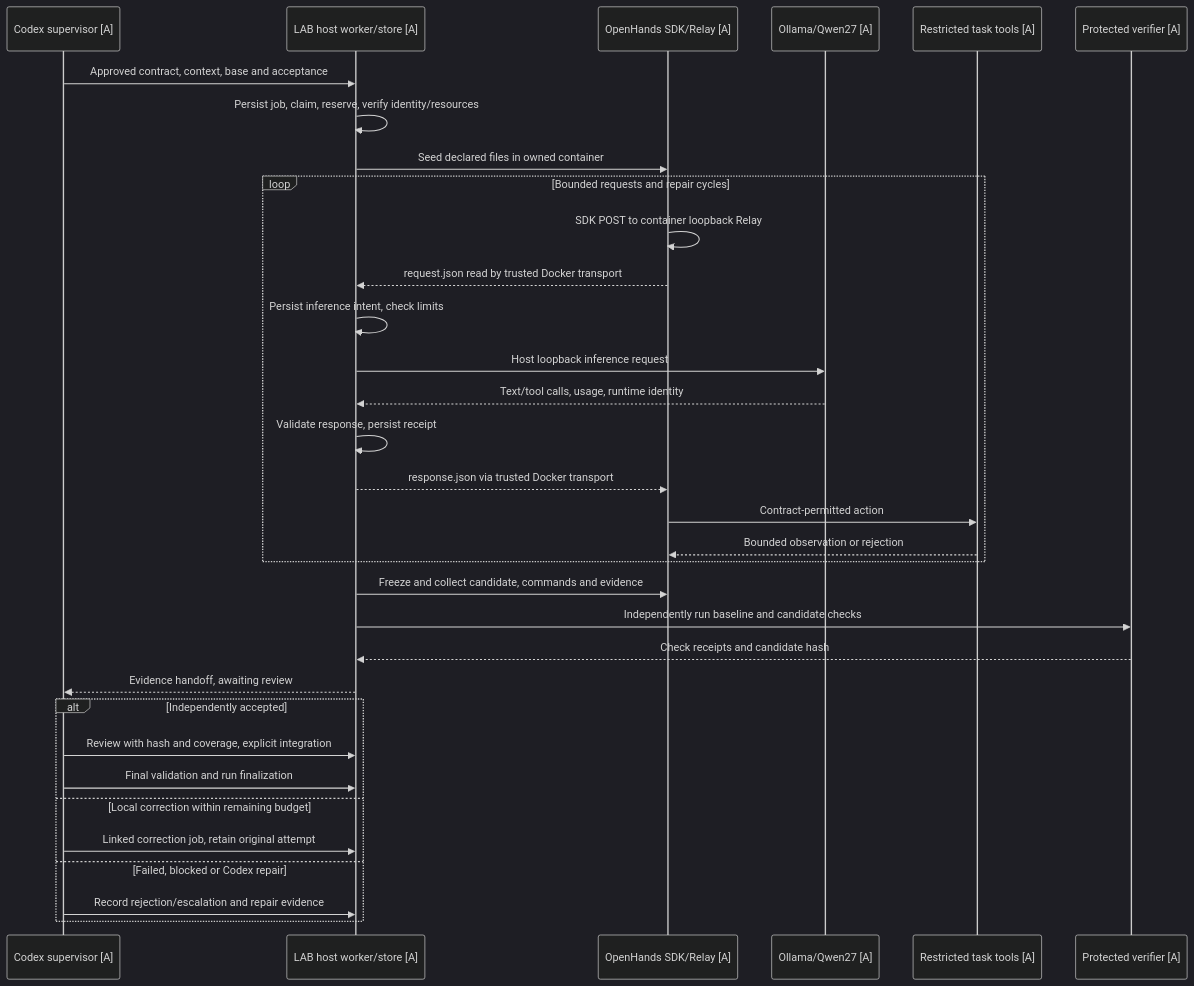
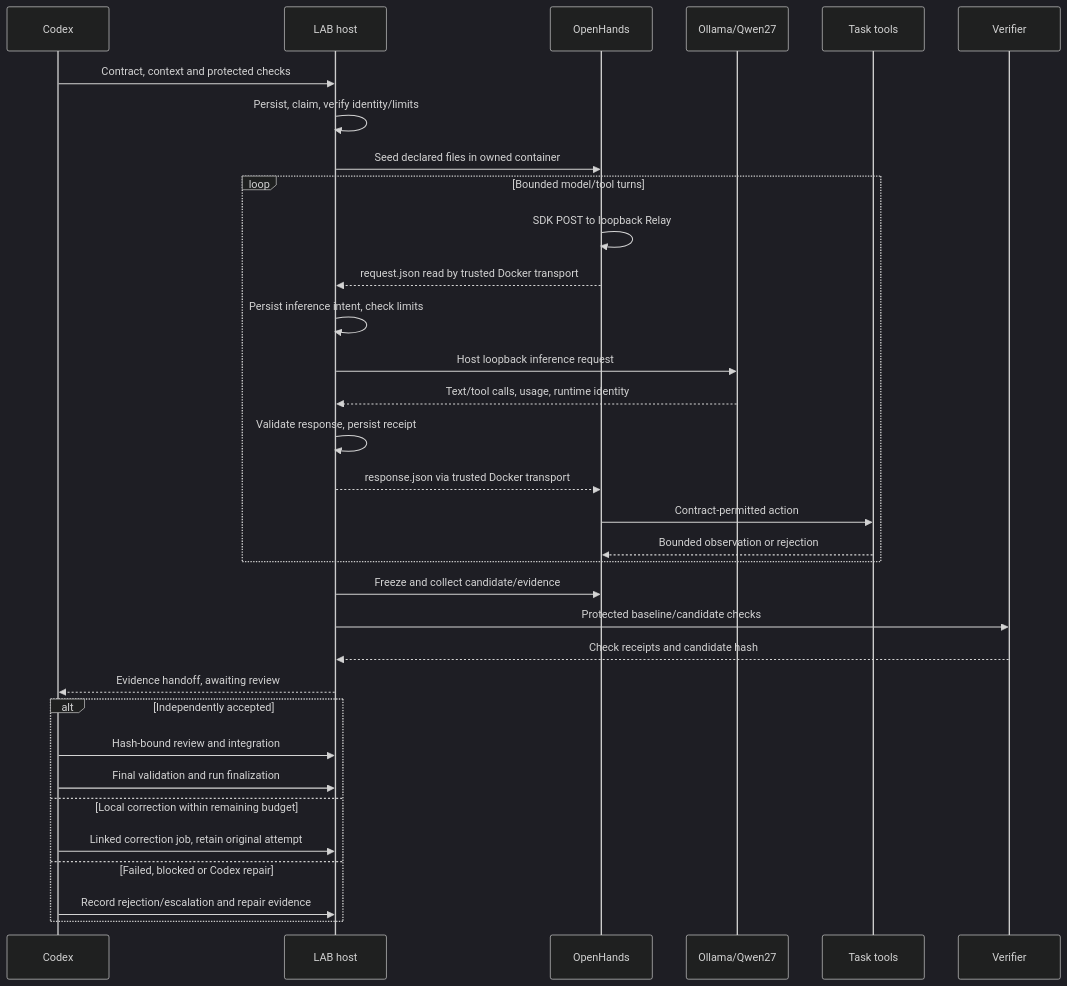
One commit to nishdel/OmniLAB-Local-Agent-Bridge- changed the first of 4 diagrams in docs/WORKFLOW.md. Above: the diagram before and after it, drawn with Mermaid (dark theme). The commit also changed other lines of this file and 18 other files, not shown here.

````diff
--- a/docs/WORKFLOW.md
+++ b/docs/WORKFLOW.md
@@ -68,35 +68,35 @@
 ```mermaid
 sequenceDiagram
-    participant C as Codex supervisor [A]
-    participant L as LAB host worker/store [A]
-    participant H as OpenHands SDK/Relay [A]
-    participant P as Ollama/Qwen27 [A]
-    participant T as Restricted task tools [A]
-    participant V as Protected verifier [A]
-    C->>L: Approved contract, context, base and acceptance
-    L->>L: Persist job, claim, reserve, verify identity/resources
+    participant C as Codex
+    participant L as LAB host
+    participant H as OpenHands
+    participant P as Ollama/Qwen27
+    participant T as Task tools
+    participant V as Verifier
+    C->>L: Contract, context and protected checks
+    L->>L: Persist, claim, verify identity/limits
     L->>H: Seed declared files in owned container
-    loop Bounded requests and repair cycles
-        H->>H: SDK POST to container loopback Relay
+    loop Bounded model/tool turns
+        H->>H: SDK POST to loopback Relay
         H-->>L: request.json read by trusted Docker transport
         L->>L: Persist inference intent, check limits
         L->>P: Host loopback inference request
         P-->>L: Text/tool calls, usage, runtime identity
         L->>L: Validate response, persist receipt
         L-->>H: response.json via trusted Docker transport
         H->>T: Contract-permitted action
         T-->>H: Bounded observation or rejection
     end
-    L->>H: Freeze and collect candidate, commands and evidence
-    L->>V: Independently run baseline and candidate checks
+    L->>H: Freeze and collect candidate/evidence
+    L->>V: Protected baseline/candidate checks
     V-->>L: Check receipts and candidate hash
     L-->>C: Evidence handoff, awaiting review
     alt Independently accepted
-        C->>L: Review with hash and coverage, explicit integration
+        C->>L: Hash-bound review and integration
         C->>L: Final validation and run finalization
     else Local correction within remaining budget
         C->>L: Linked correction job, retain original attempt
     else Failed, blocked or Codex repair
         C->>L: Record rejection/escalation and repair evidence
     end
 ```
````
